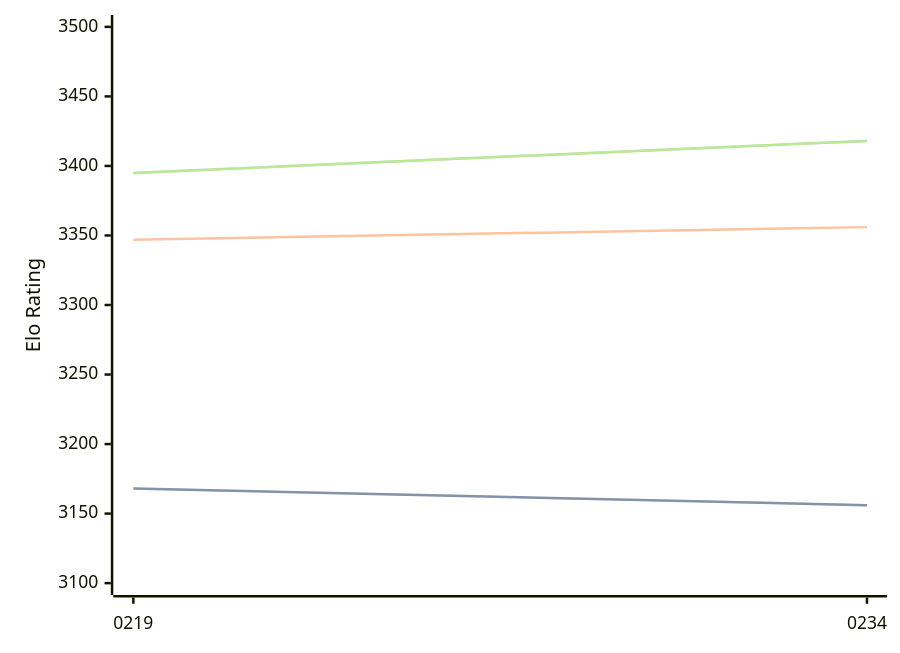
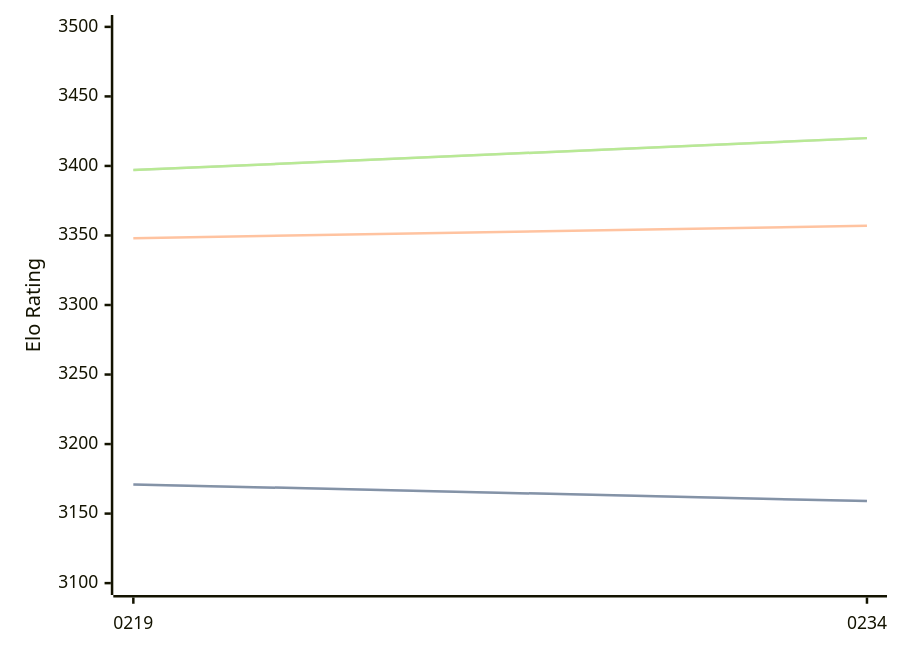
One commit to computer-chess-index/cci changed the diagram in engines/Ynode.md. Above: the diagram before and after it, drawn with Mermaid. The commit also changed other lines of this file, not shown here.

Commit message:
Update CCI Ratings (ELO VLTC) - 2026-04-11

````diff
--- a/engines/Ynode.md
+++ b/engines/Ynode.md
@@ -39,11 +39,11 @@
 ```mermaid
 %%{init: {"theme":"base","themeVariables":{"seriesColors:['#a3a3a3','#222221','#faa371']}}}%%
 xychart-beta
   x-axis ["0219", "0234"]
   y-axis "Elo Rating" 3100 --> 3500
-  line "STC (8.0+0.08s)" [3168, 3156]
-  line "STC (8.0+0.08s)" [3168, 3156]
-  line "LTC (60.0+0.60s)" [3347, 3356]
-  line "VLTC (2m24s+1.12s)" [3395, 3418]
-  line "VLTC (2m24s+1.12s)" [3395, 3418]
+  line "STC (8.0+0.08s)" [3171, 3159]
+  line "STC (8.0+0.08s)" [3171, 3159]
+  line "LTC (60.0+0.60s)" [3348, 3357]
+  line "VLTC (2m24s+1.12s)" [3397, 3420]
+  line "VLTC (2m24s+1.12s)" [3397, 3420]
 ```
````
